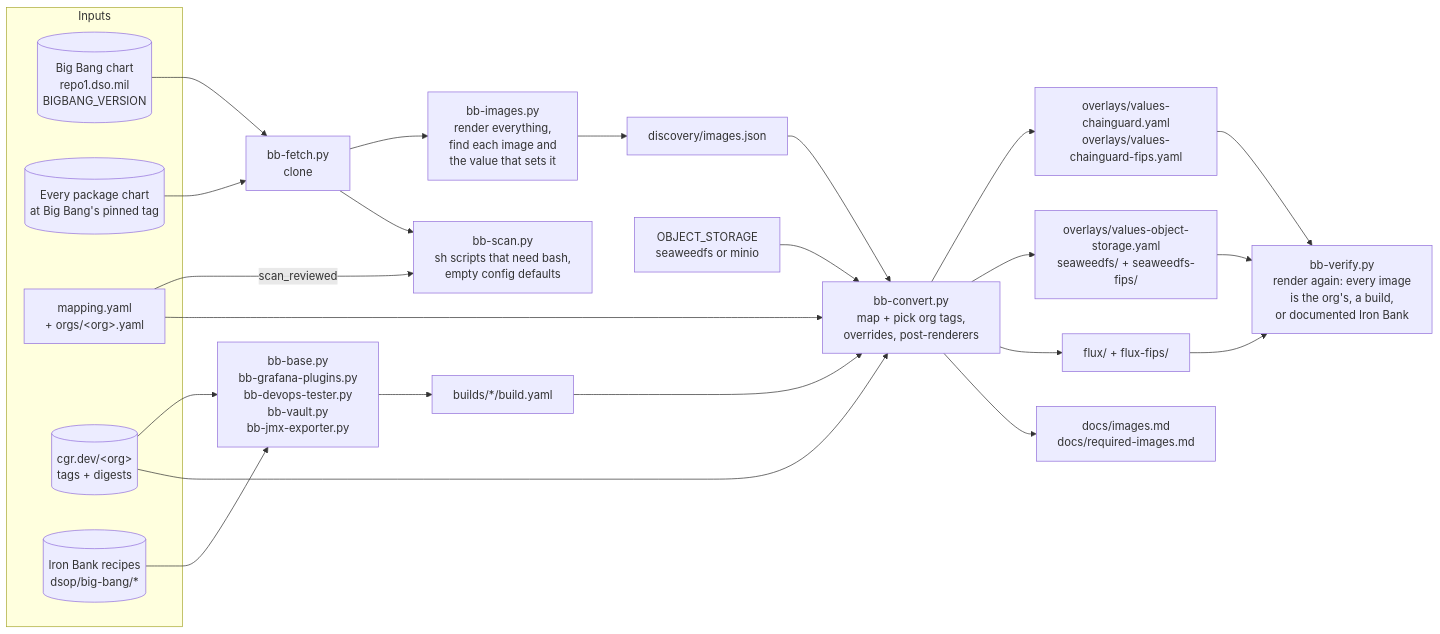
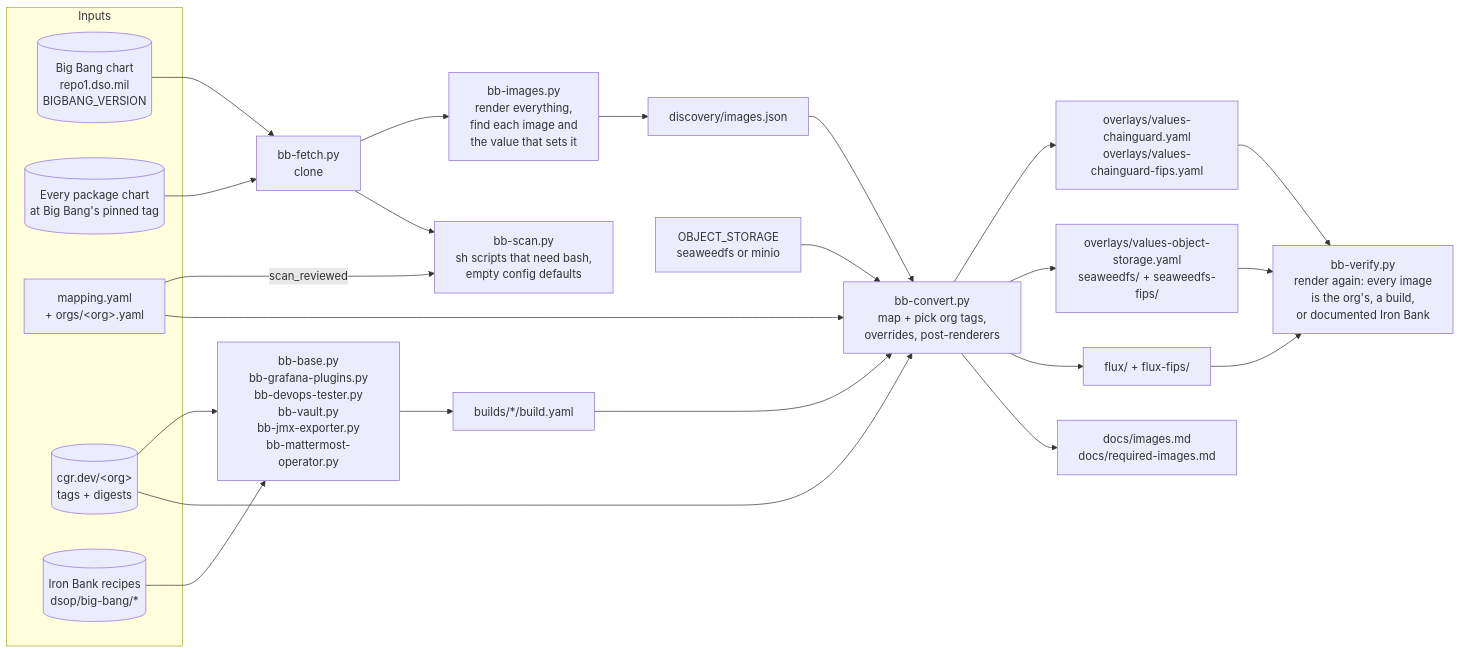
Before and after one commit to Zapata-Technology/bigbang-chainguard: the first of 9 diagrams in docs/architecture.md, drawn with Mermaid. The commit also changed other lines of this file and 13 other files, not shown here.

First line of the commit message:
Build mattermost-operator from upstream source FROM the org's images

````diff
--- a/docs/architecture.md
+++ b/docs/architecture.md
@@ -10,36 +10,36 @@
 ```mermaid
 flowchart LR
     subgraph inputs[Inputs]
         BB[(Big Bang chart<br/>repo1.dso.mil<br/>BIGBANG_VERSION)]
         PK[(Every package chart<br/>at Big Bang's pinned tag)]
         MAP[mapping.yaml<br/>+ orgs/&lt;org&gt;.yaml]
         ORG[(cgr.dev/&lt;org&gt;<br/>tags + digests)]
         IB[(Iron Bank recipes<br/>dsop/big-bang/*)]
     end
 
     BB --> F[bb-fetch.py<br/>clone]
     PK --> F
     F --> D[bb-images.py<br/>render everything,<br/>find each image and<br/>the value that sets it]
     D --> DJ[discovery/images.json]
 
-    IB --> BLD[bb-base.py<br/>bb-grafana-plugins.py<br/>bb-devops-tester.py<br/>bb-vault.py<br/>bb-jmx-exporter.py]
+    IB --> BLD[bb-base.py<br/>bb-grafana-plugins.py<br/>bb-devops-tester.py<br/>bb-vault.py<br/>bb-jmx-exporter.py<br/>bb-mattermost-operator.py]
     ORG --> BLD
     BLD --> BY[builds/*/build.yaml]
 
     F --> SC[bb-scan.py<br/>sh scripts that need bash,<br/>empty config defaults]
     MAP -- scan_reviewed --> SC
 
     DJ --> C[bb-convert.py<br/>map + pick org tags,<br/>overrides, post-renderers]
     MAP --> C
     ORG --> C
     BY --> C
     OS[OBJECT_STORAGE<br/>seaweedfs or minio] --> C
     C --> OV[overlays/values-chainguard.yaml<br/>overlays/values-chainguard-fips.yaml]
     C --> OSO[overlays/values-object-storage.yaml<br/>seaweedfs/ + seaweedfs-fips/]
     C --> FX[flux/ + flux-fips/]
     C --> DOC[docs/images.md<br/>docs/required-images.md]
 
     OV --> V[bb-verify.py<br/>render again: every image<br/>is the org's, a build,<br/>or documented Iron Bank]
     OSO --> V
     FX --> V
 ```
````
